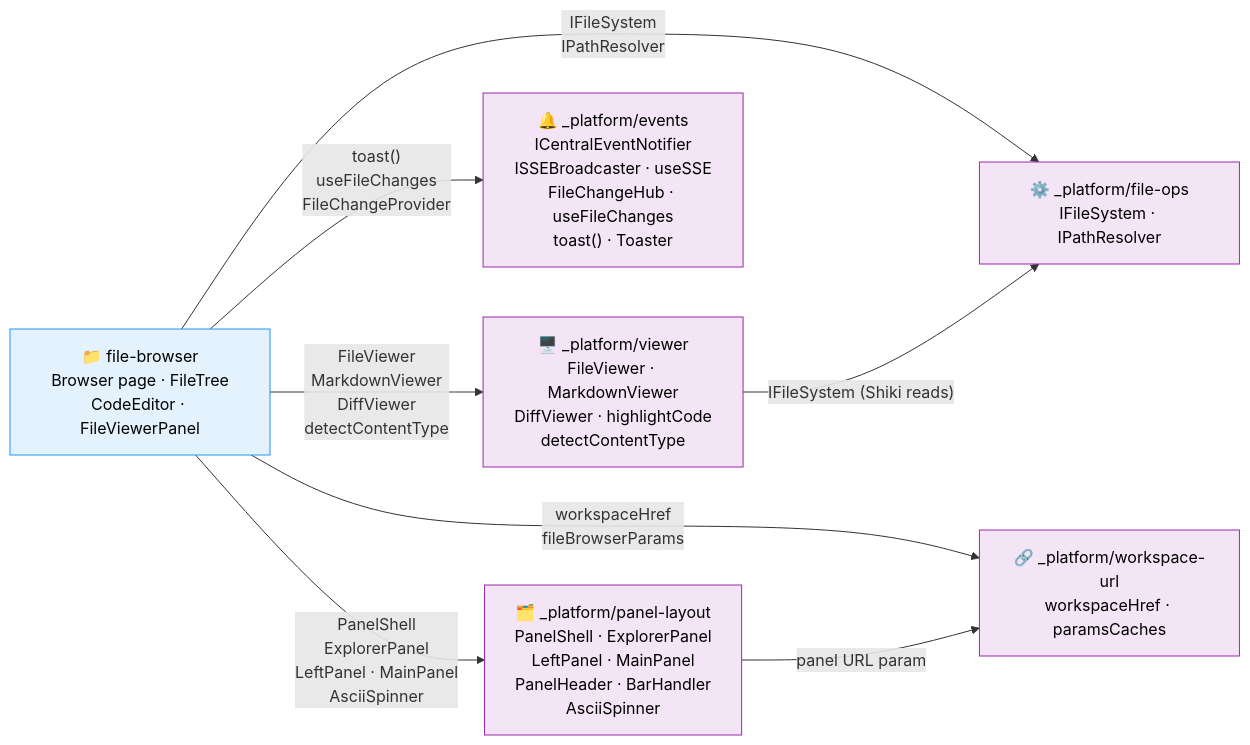
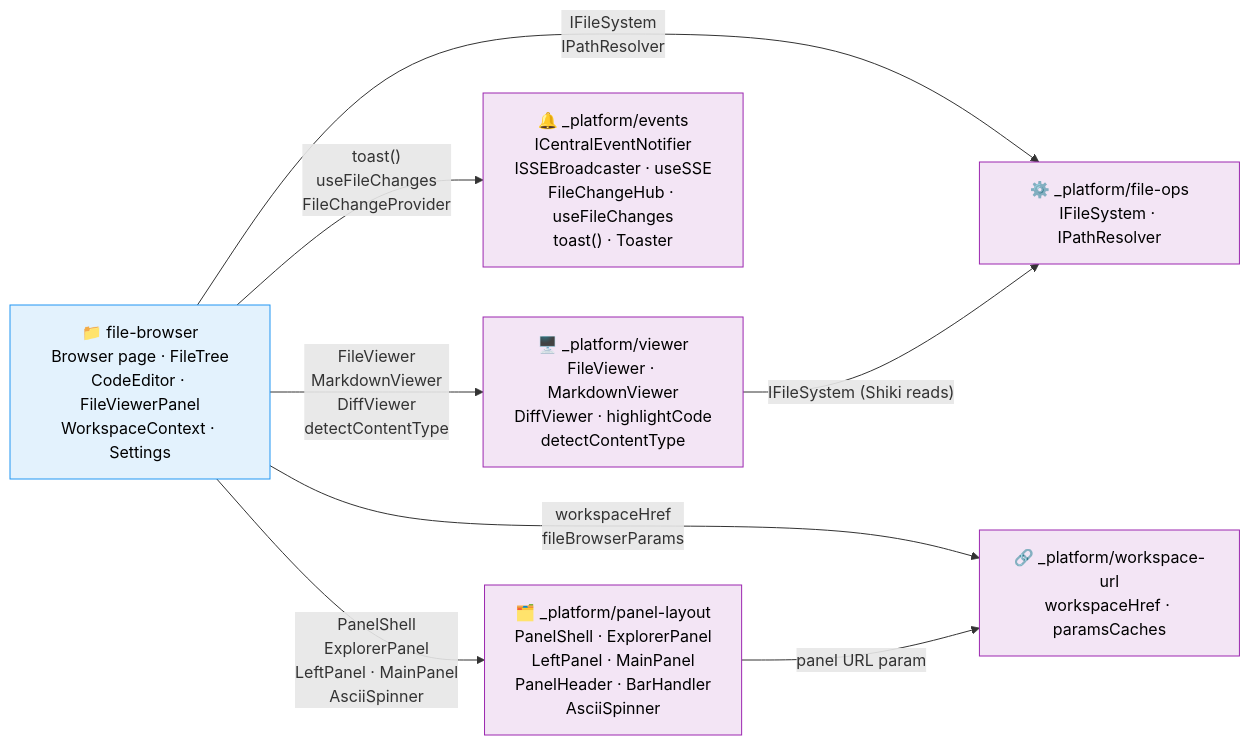
Before and after one commit to AI-Substrate/chainglass: the diagram in docs/domains/domain-map.md, drawn with Mermaid. The commit also changed other lines of this file and 2 other files, not shown here.

Commit message:
Plan 041 final closeout: update domain docs and map
- file-browser domain.md: add Phase 5 contracts (WorkspaceProvider,
  useWorkspaceContext, EmojiPicker, ColorPicker), composition entries
  (8 new components), source location entries (9 new files)
- domain-map.md: update file-browser node description and health table
  to include WorkspaceContext, Settings, pickers
- Plan: remove duplicate ACs in Phase 6 section

All 6 phases complete. Plan 041 status: COMPLETE.

````diff
--- a/docs/domains/domain-map.md
+++ b/docs/domains/domain-map.md
@@ -6,24 +6,24 @@
 ```mermaid
 flowchart LR
     classDef business fill:#E3F2FD,stroke:#2196F3,color:#000
     classDef infra fill:#F3E5F5,stroke:#9C27B0,color:#000
 
     %% Infrastructure domains
     fileOps["⚙️ _platform/file-ops<br/>IFileSystem · IPathResolver"]:::infra
     wsUrl["🔗 _platform/workspace-url<br/>workspaceHref · paramsCaches"]:::infra
     viewer["🖥️ _platform/viewer<br/>FileViewer · MarkdownViewer<br/>DiffViewer · highlightCode<br/>detectContentType"]:::infra
     events["🔔 _platform/events<br/>ICentralEventNotifier<br/>ISSEBroadcaster · useSSE<br/>FileChangeHub · useFileChanges<br/>toast() · Toaster"]:::infra
     panels["🗂️ _platform/panel-layout<br/>PanelShell · ExplorerPanel<br/>LeftPanel · MainPanel<br/>PanelHeader · BarHandler<br/>AsciiSpinner"]:::infra
 
     %% Business domains
-    fileBrowser["📁 file-browser<br/>Browser page · FileTree<br/>CodeEditor · FileViewerPanel"]:::business
+    fileBrowser["📁 file-browser<br/>Browser page · FileTree<br/>CodeEditor · FileViewerPanel<br/>WorkspaceContext · Settings"]:::business
 
     %% Contract dependencies (consumer → provider)
     fileBrowser -->|"IFileSystem<br/>IPathResolver"| fileOps
     fileBrowser -->|"workspaceHref<br/>fileBrowserParams"| wsUrl
     fileBrowser -->|"FileViewer<br/>MarkdownViewer<br/>DiffViewer<br/>detectContentType"| viewer
     fileBrowser -->|"toast()<br/>useFileChanges<br/>FileChangeProvider"| events
     fileBrowser -->|"PanelShell<br/>ExplorerPanel<br/>LeftPanel · MainPanel<br/>AsciiSpinner"| panels
     panels -->|"panel URL param"| wsUrl
     viewer -->|"IFileSystem (Shiki reads)"| fileOps
 ```
````
